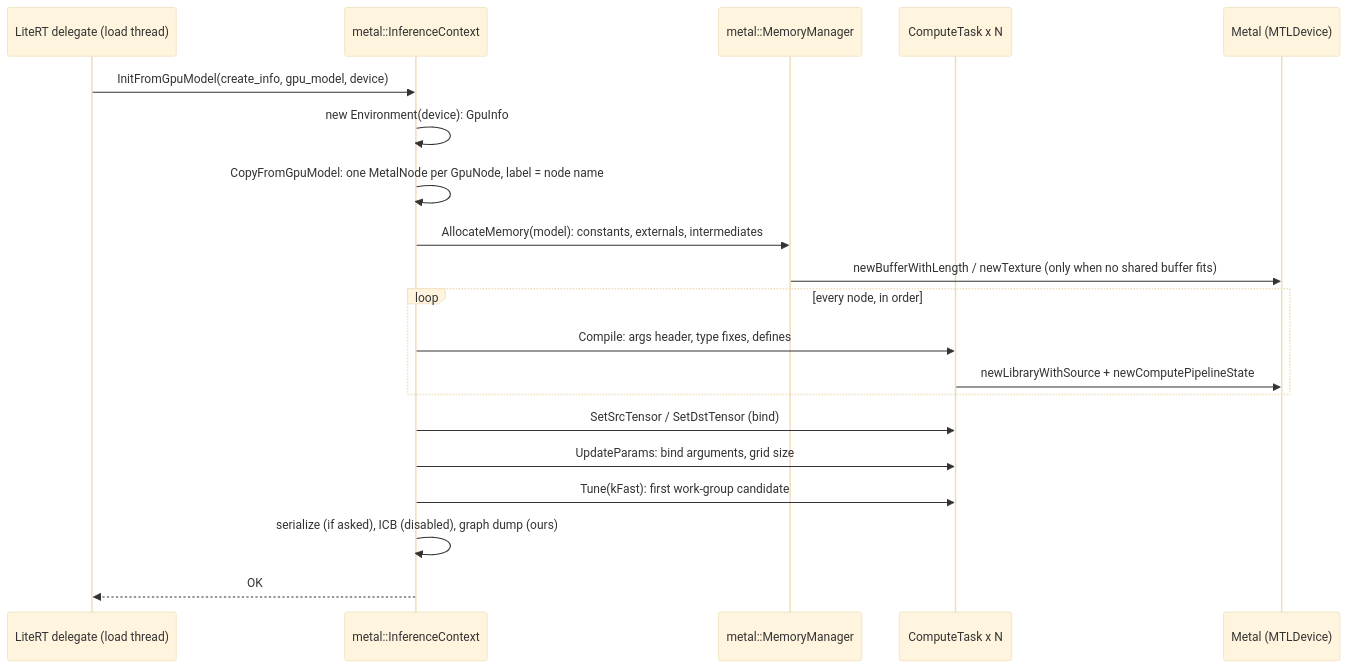
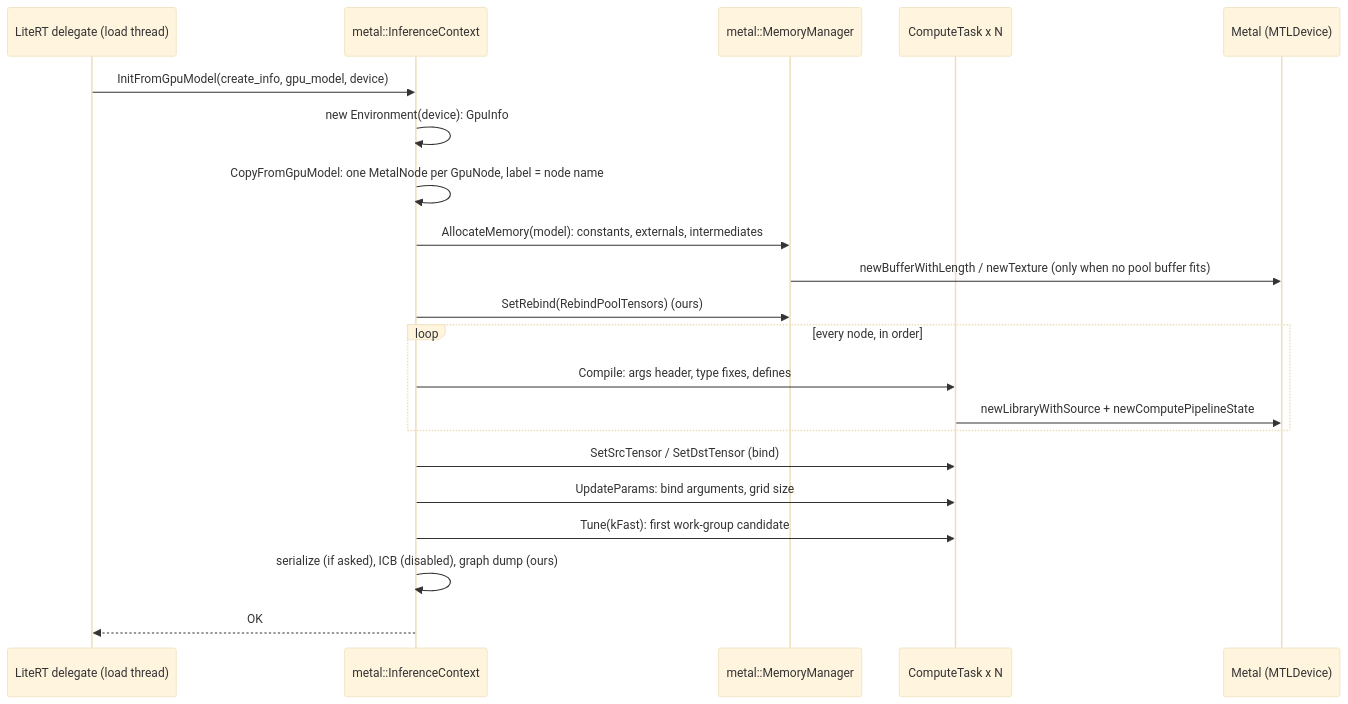
One commit to PowerBeef/agello-litert-lm changed the diagram in docs/agello/reference/ml-drift/metal-backend.md. Above: the diagram before and after it, drawn with Mermaid (base theme). The commit also changed other lines of this file and 207 other files, not shown here.

````diff
--- a/docs/agello/reference/ml-drift/metal-backend.md
+++ b/docs/agello/reference/ml-drift/metal-backend.md
@@ -71,22 +72,23 @@
 ```mermaid
 sequenceDiagram
   participant D as LiteRT delegate (load thread)
   participant IC as metal::InferenceContext
   participant MM as metal::MemoryManager
   participant CT as ComputeTask x N
   participant MTL as Metal (MTLDevice)
   D->>IC: InitFromGpuModel(create_info, gpu_model, device)
   IC->>IC: new Environment(device): GpuInfo
   IC->>IC: CopyFromGpuModel: one MetalNode per GpuNode, label = node name
   IC->>MM: AllocateMemory(model): constants, externals, intermediates
-  MM->>MTL: newBufferWithLength / newTexture (only when no shared buffer fits)
+  MM->>MTL: newBufferWithLength / newTexture (only when no pool buffer fits)
+  IC->>MM: SetRebind(RebindPoolTensors) (ours)
   loop every node, in order
     IC->>CT: Compile: args header, type fixes, defines
     CT->>MTL: newLibraryWithSource + newComputePipelineState
   end
   IC->>CT: SetSrcTensor / SetDstTensor (bind)
   IC->>CT: UpdateParams: bind arguments, grid size
   IC->>CT: Tune(kFast): first work-group candidate
   IC->>IC: serialize (if asked), ICB (disabled), graph dump (ours)
   IC-->>D: OK
 ```
````
